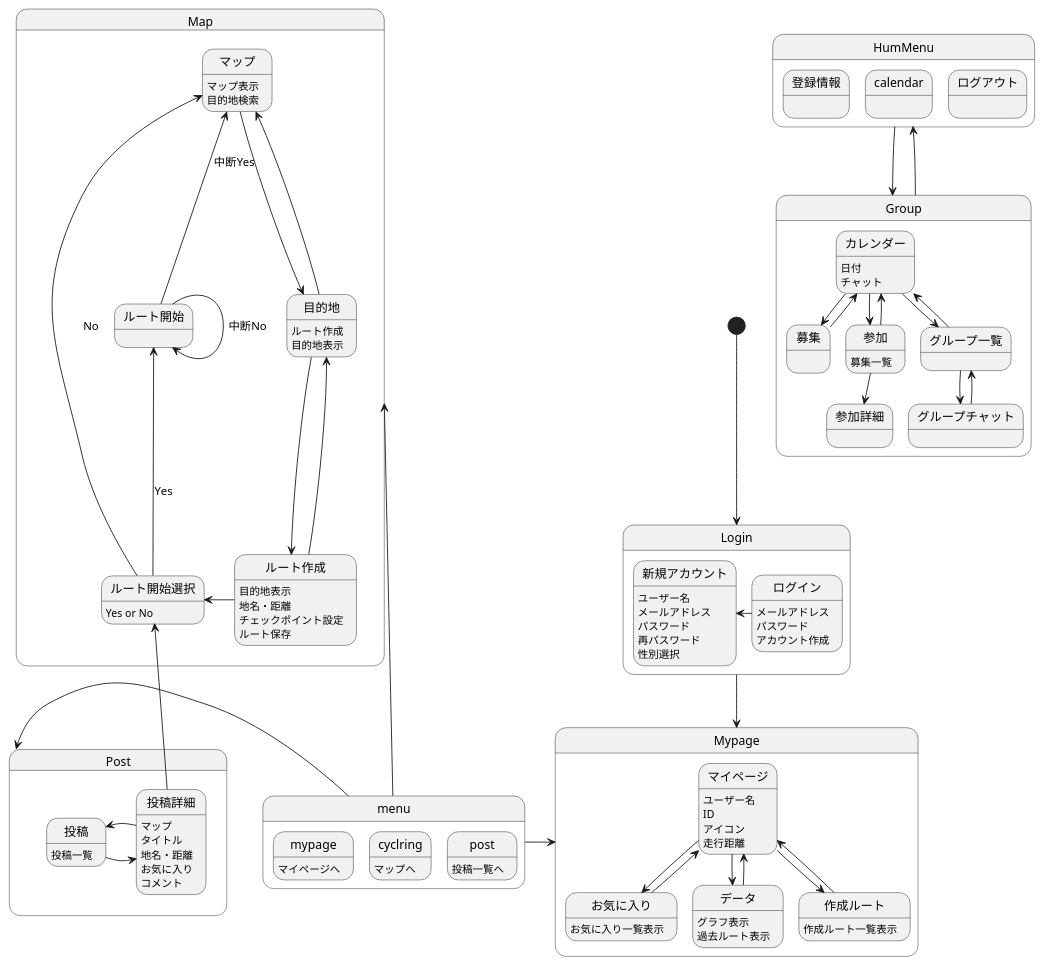
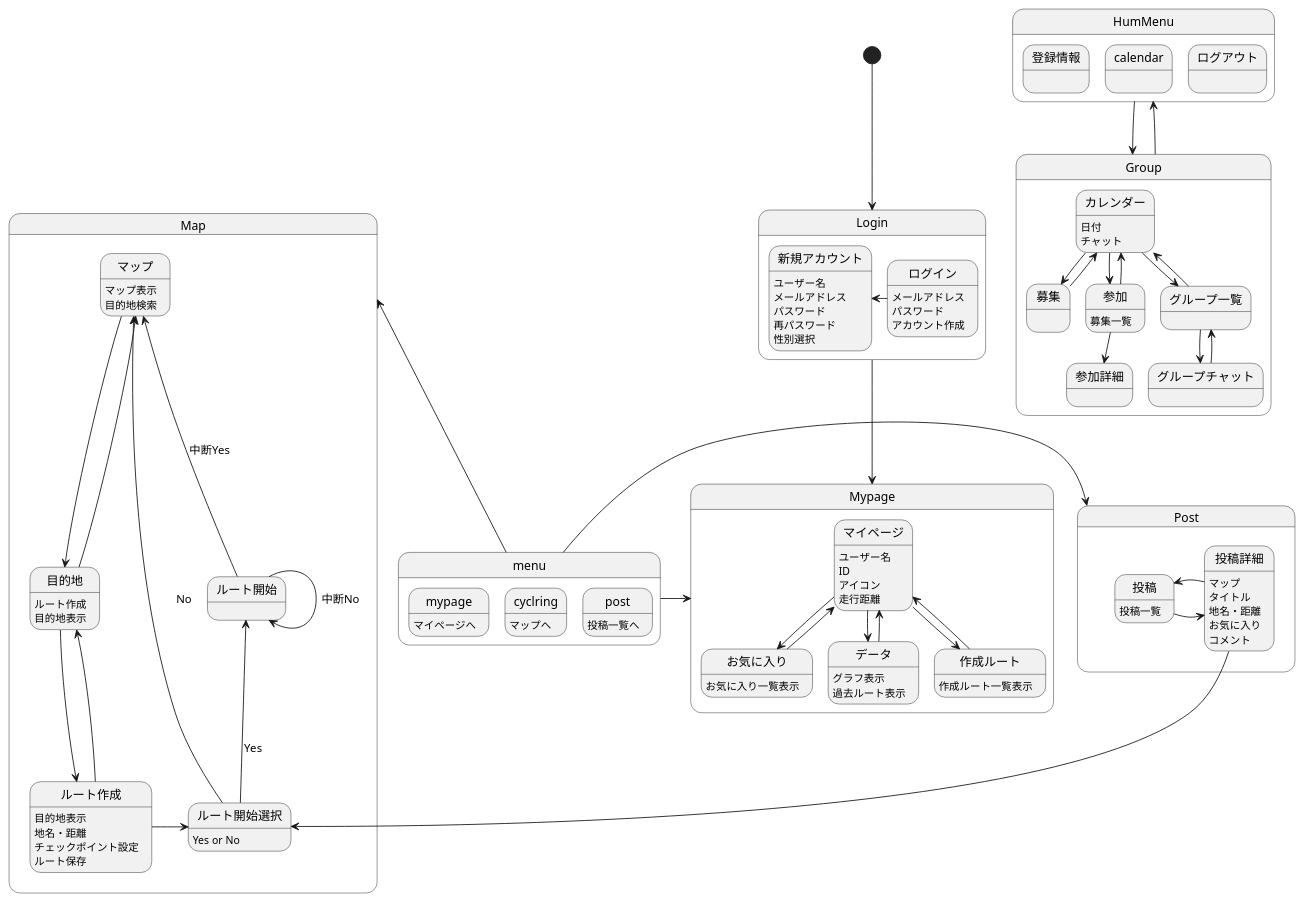
One commit to AsoSD3A3/CyclingSystem changed the diagram in 画面遷移図/gm.md. Above: the diagram before and after it, drawn with PlantUML.

```diff
--- a/画面遷移図/gm.md
+++ b/画面遷移図/gm.md
@@ -104,7 +104,7 @@
 投稿詳細:地名・距離
 投稿詳細:お気に入り
 投稿詳細:コメント
-投稿詳細-up->ルート開始選択
+投稿詳細-->ルート開始選択
 }
 
 @enduml
```
